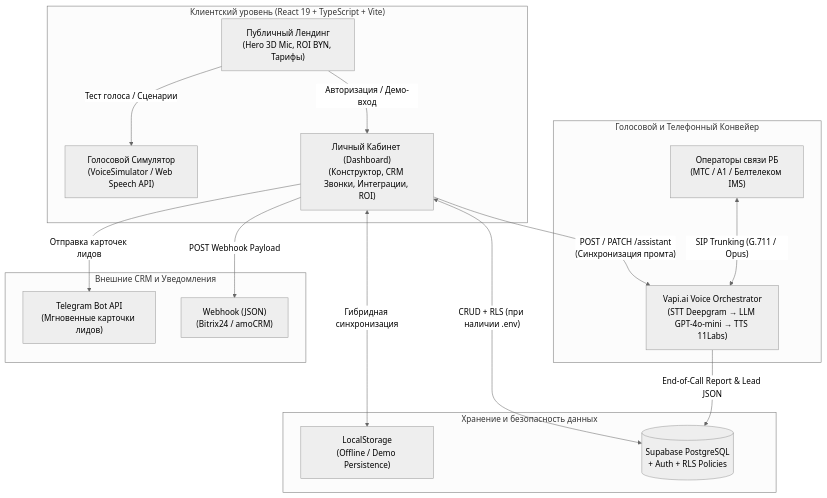
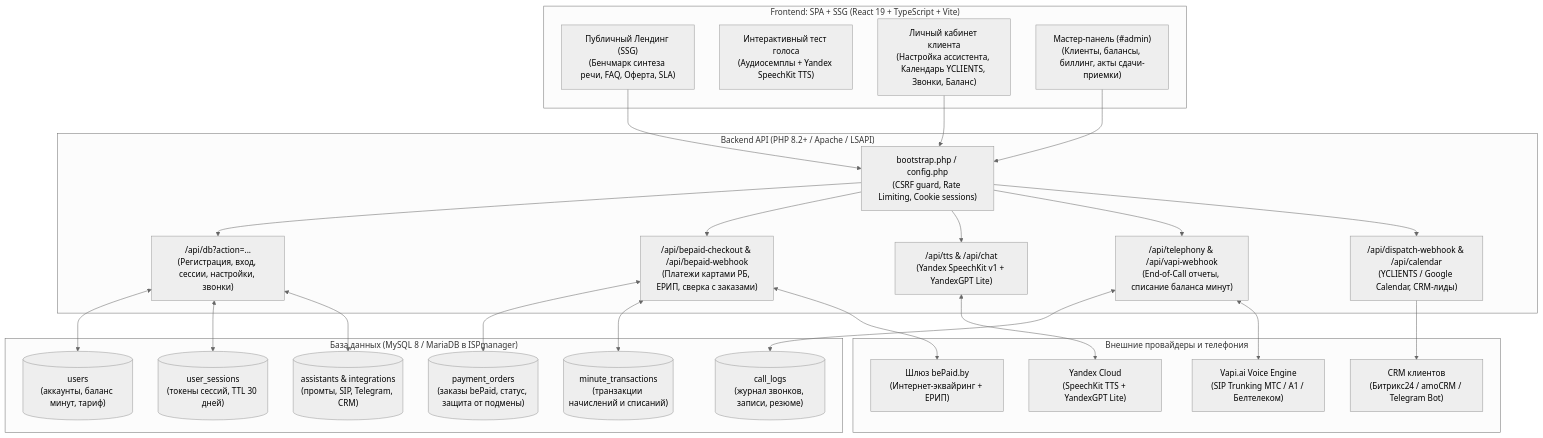
One commit to d31427660-del/BelVoissAI changed the diagram in README.md. Above: the diagram before and after it, drawn with Mermaid (neutral theme). The commit also changed other lines of this file and 151 other files, not shown here.

Commit message:
feat(prod): подготовка к продакшену, удаление живого чата и мертвого кода, безопасность bePaid/CSP/CSRF и Telegram Webhook

````diff
--- a/README.md
+++ b/README.md
@@ -9,33 +11,54 @@
 ```mermaid
 flowchart TB
-    subgraph ClientLayer["Клиентский уровень (React 19 + TypeScript + Vite)"]
-        LP["Публичный Лендинг\n(Hero 3D Mic, ROI BYN, Тарифы)"]
-        VTM["Голосовой Симулятор\n(VoiceSimulator / Web Speech API)"]
-        DB["Личный Кабинет (Dashboard)\n(Конструктор, CRM Звонки, Интеграции, ROI)"]
+    subgraph ClientLayer["Frontend: SPA + SSG (React 19 + TypeScript + Vite)"]
+        LP["Публичный Лендинг (SSG)\n(Бенчмарк синтеза речи, FAQ, Оферта, SLA)"]
+        VTM["Интерактивный тест голоса\n(Аудиосемплы + Yandex SpeechKit TTS)"]
+        DB["Личный кабинет клиента\n(Настройка ассистента, Календарь YCLIENTS, Звонки, Баланс)"]
+        ADM["Мастер-панель (#admin)\n(Клиенты, балансы, биллинг, акты сдачи-приемки)"]
     end
 
-    subgraph DataLayer["Хранение и безопасность данных"]
-        LS["LocalStorage\n(Offline / Demo Persistence)"]
-        SB[("Supabase PostgreSQL\n+ Auth + RLS Policies")]
+    subgraph BackendLayer["Backend API (PHP 8.2+ / Apache / LSAPI)"]
+        BOOT["bootstrap.php / config.php\n(CSRF guard, Rate Limiting, Cookie sessions)"]
+        API_AUTH["/api/db?action=...\n(Регистрация, вход, сессии, настройки, звонки)"]
+        API_PAY["/api/bepaid-checkout & /api/bepaid-webhook\n(Платежи картами РБ, ЕРИП, сверка с заказами)"]
+        API_VOICE["/api/tts & /api/chat\n(Yandex SpeechKit v1 + YandexGPT Lite)"]
+        API_VAPI["/api/telephony & /api/vapi-webhook\n(End-of-Call отчеты, списание баланса минут)"]
+        API_NOTIF["/api/dispatch-webhook & /api/calendar\n(YCLIENTS / Google Calendar, CRM-лиды)"]
     end
 
-    subgraph VoicePipeline["Голосовой и Телефонный Конвейер"]
-        SIP["Операторы связи РБ\n(МТС / А1 / Белтелеком IMS)"]
-        VAPI["Vapi.ai Voice Orchestrator\n(STT Deepgram → LLM GPT-4o-mini → TTS 11Labs)"]
+    subgraph StorageLayer["База данных (MySQL 8 / MariaDB в ISPmanager)"]
+        T_USERS[("users\n(аккаунты, баланс минут, тариф)")]
+        T_SESS[("user_sessions\n(токены сессий, TTL 30 дней)")]
+        T_ORDERS[("payment_orders\n(заказы bePaid, статус, защита от подмены)")]
+        T_TX[("minute_transactions\n(транзакции начислений и списаний)")]
+        T_CALLS[("call_logs\n(журнал звонков, записи, резюме)")]
+        T_CONF[("assistants & integrations\n(промты, SIP, Telegram, CRM)")]
     end
 
-    subgraph NotificationLayer["Внешние CRM и Уведомления"]
-        TG["Telegram Bot API\n(Мгновенные карточки лидов)"]
-        CRM["Webhook (JSON)\n(Bitrix24 / amoCRM)"]
+    subgraph ExternalServices["Внешние провайдеры и телефония"]
+        BEPAID["Шлюз bePaid.by\n(Интернет-эквайринг + ЕРИП)"]
+        YANDEX["Yandex Cloud\n(SpeechKit TTS + YandexGPT Lite)"]
+        VAPI_SVC["Vapi.ai Voice Engine\n(SIP Trunking МТС / А1 / Белтелеком)"]
+        CRM_SVC["CRM клиентов\n(Битрикс24 / amoCRM / Telegram Bot)"]
     end
 
-    LP -->|"Тест голоса / Сценарии"| VTM
-    LP -->|"Авторизация / Демо-вход"| DB
-    DB <-->|"Гибридная синхронизация"| LS
-    DB <-->|"CRUD + RLS (при наличии .env)"| SB
-    DB -->|"POST / PATCH /assistant\n(Синхронизация промта)"| VAPI
-    SIP <-->|"SIP Trunking (G.711 / Opus)"| VAPI
-    VAPI -->|"End-of-Call Report & Lead JSON"| SB
-    DB -->|"Отправка карточек лидов"| TG
-    DB -->|"POST Webhook Payload"| CRM
+    LP --> BOOT
+    DB --> BOOT
+    ADM --> BOOT
+    BOOT --> API_AUTH
+    BOOT --> API_PAY
+    BOOT --> API_VOICE
+    BOOT --> API_VAPI
+    BOOT --> API_NOTIF
+
+    API_AUTH <--> T_USERS
+    API_AUTH <--> T_SESS
+    API_AUTH <--> T_CONF
+    API_PAY <--> T_ORDERS
+    API_PAY <--> T_TX
+    API_PAY <--> BEPAID
+    API_VOICE <--> YANDEX
+    API_VAPI <--> T_CALLS
+    API_VAPI <--> VAPI_SVC
+    API_NOTIF --> CRM_SVC
 ```
````
